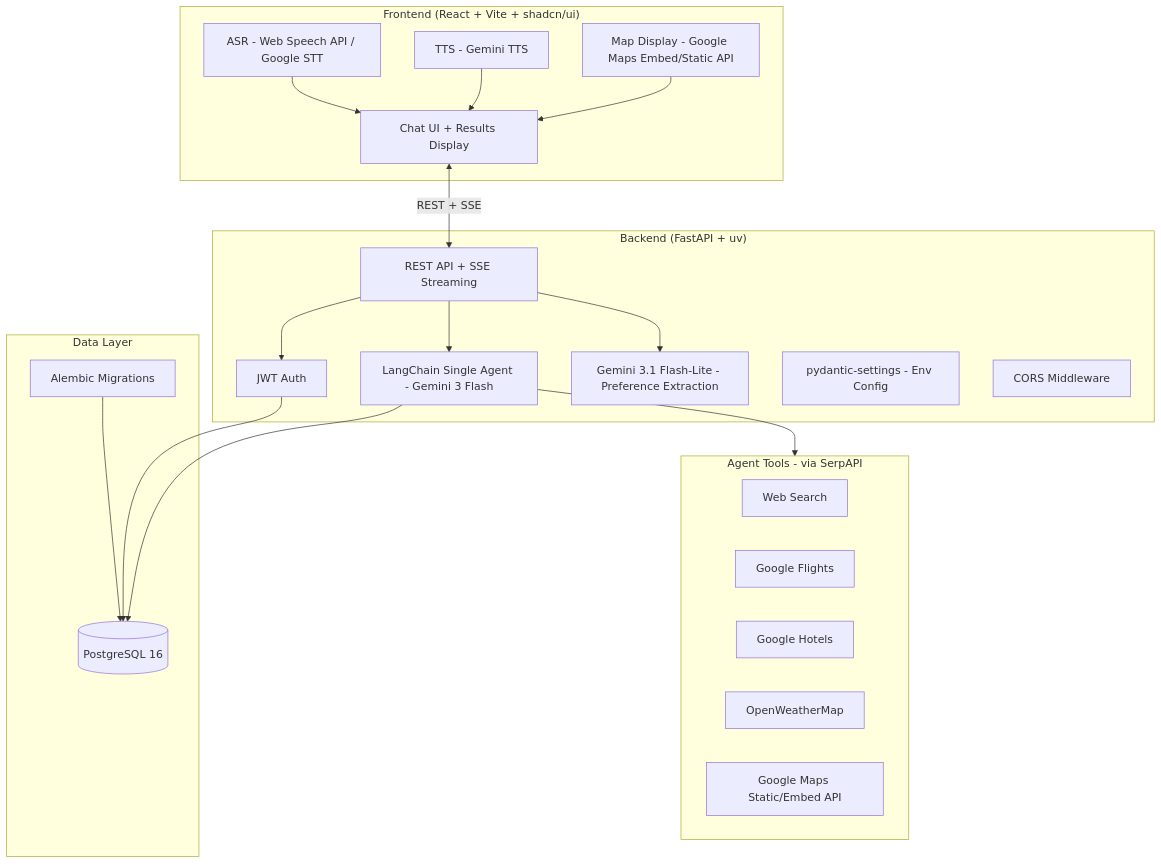
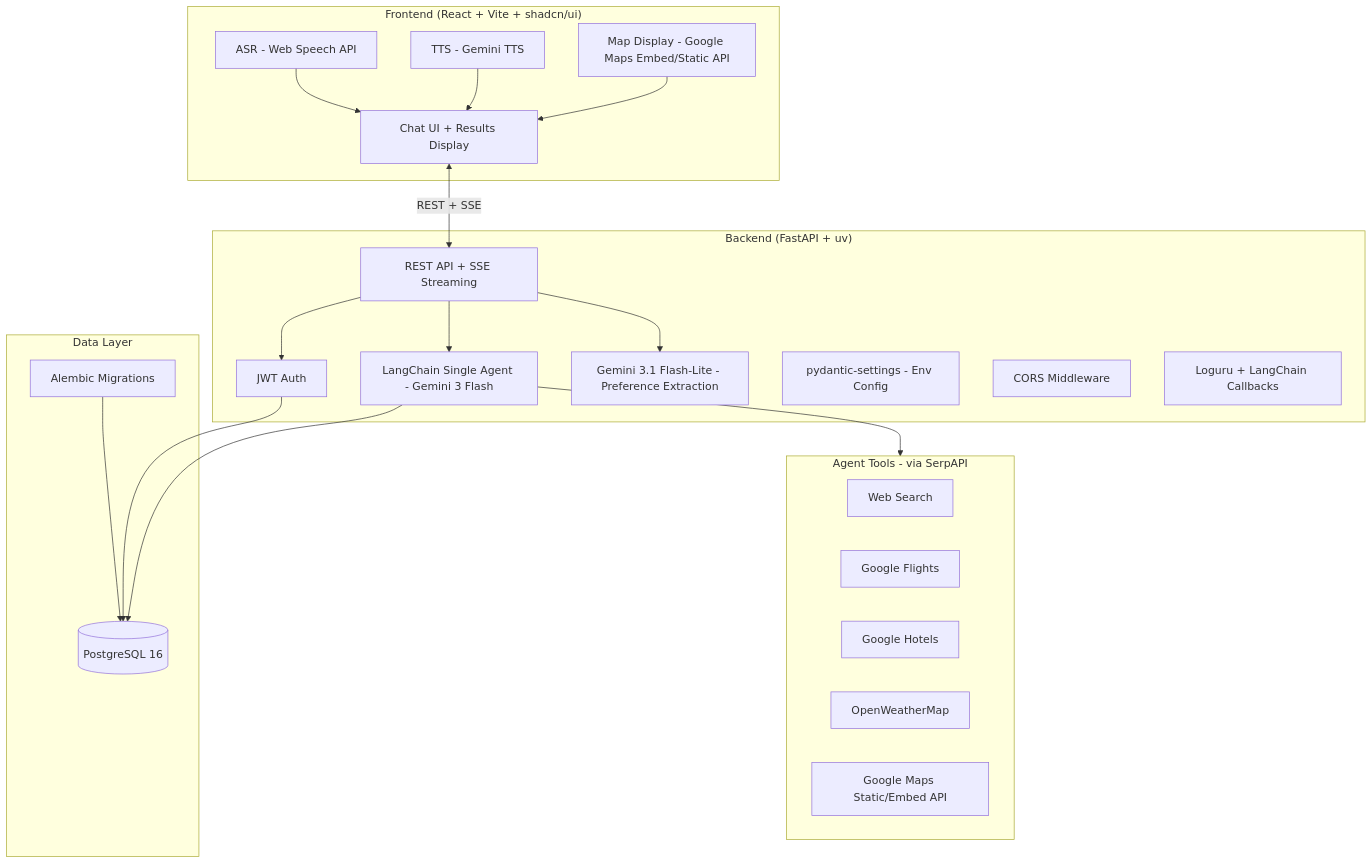
Before and after one commit to davidwkk/GoGoGo: the diagram in INFRA_PLAN.md, drawn with Mermaid. The commit also changed other lines of this file, not shown here.

````diff
--- a/INFRA_PLAN.md
+++ b/INFRA_PLAN.md
@@ -5,43 +5,44 @@
 ```mermaid
 graph TB
     subgraph Frontend ["Frontend (React + Vite + shadcn/ui)"]
         UI[Chat UI + Results Display]
-        STT[ASR - Web Speech API / Google STT]
+        STT[ASR - Web Speech API]
         TTS[TTS - Gemini TTS]
         MAP[Map Display - Google Maps Embed/Static API]
     end
 
     subgraph Backend ["Backend (FastAPI + uv)"]
         API[REST API + SSE Streaming]
         Auth[JWT Auth]
         Agent[LangChain Single Agent - Gemini 3 Flash]
         LiteAgent[Gemini 3.1 Flash-Lite - Preference Extraction]
         Config[pydantic-settings - Env Config]
         CORS[CORS Middleware]
+        Logging[Loguru + LangChain Callbacks]
     end
 
     subgraph Tools ["Agent Tools - via SerpAPI"]
         WebSearch[Web Search]
         FlightSearch[Google Flights]
         HotelSearch[Google Hotels]
         WeatherAPI[OpenWeatherMap]
         MapsAPI[Google Maps Static/Embed API]
     end
 
     subgraph DB ["Data Layer"]
         PG[(PostgreSQL 16)]
         Alembic[Alembic Migrations]
     end
 
     UI <-->|REST + SSE| API
     STT --> UI
     TTS --> UI
     MAP --> UI
     API --> Auth
     API --> Agent
     API --> LiteAgent
     Agent --> Tools
     Agent --> PG
     Auth --> PG
     Alembic --> PG
 ```
````
